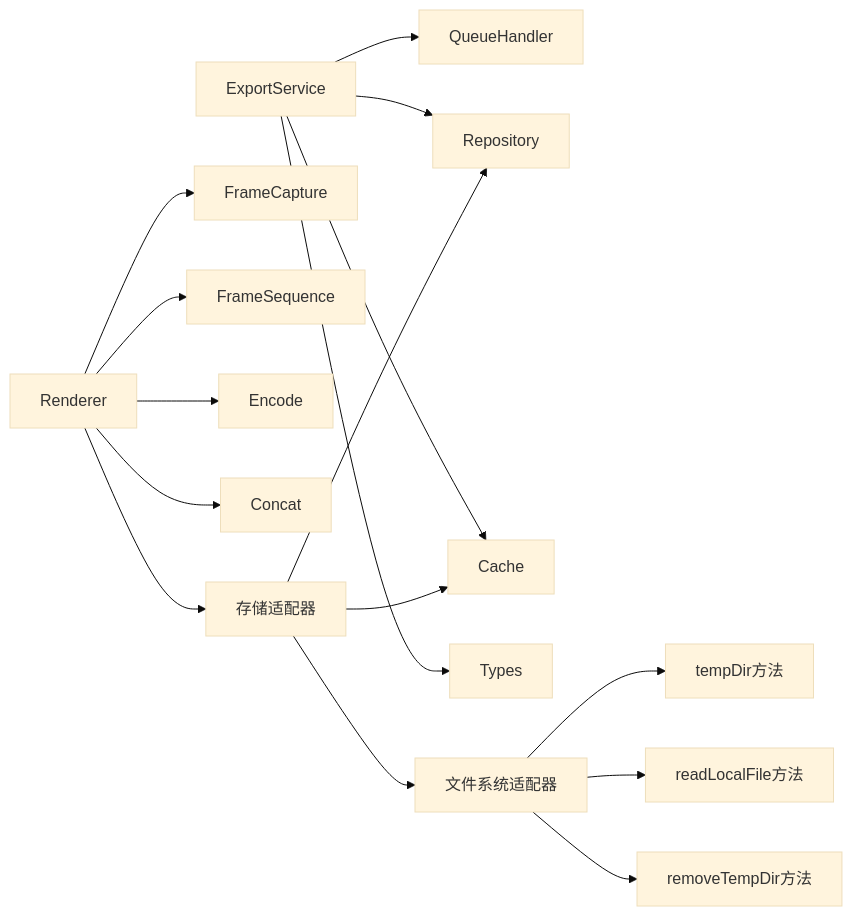
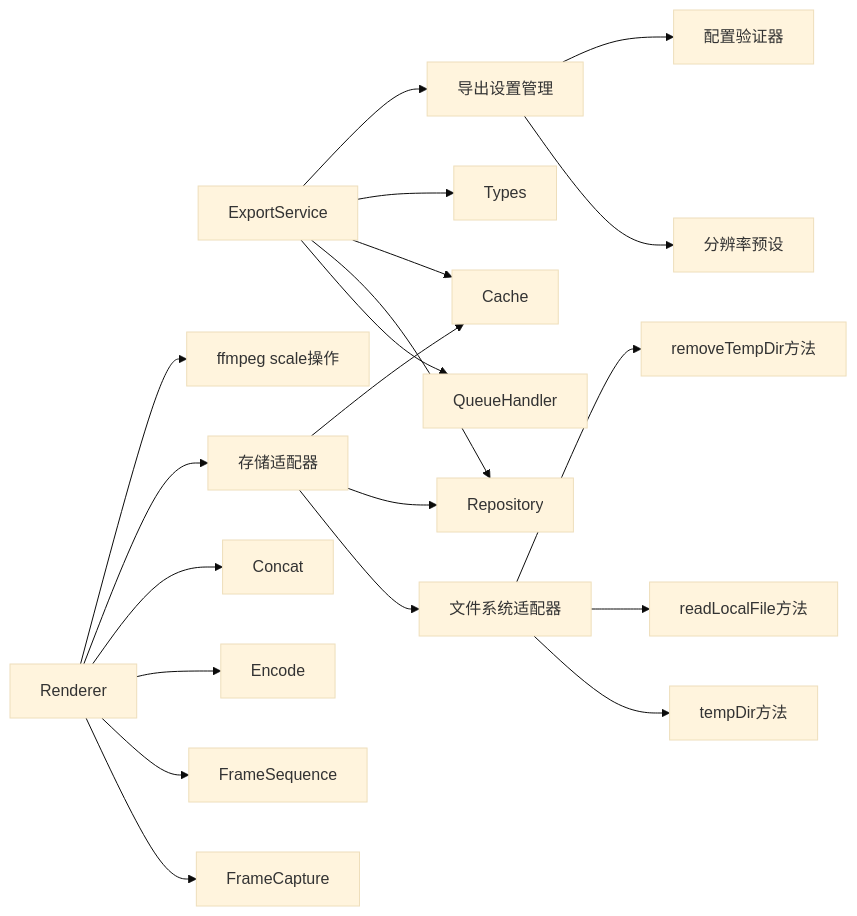
One commit to AIMFllyYS/code-video-canvas changed the tenth of 10 diagrams in .qoder/repowiki/zh/content/核心功能模块/渲染引擎/导出服务.md. Above: the diagram before and after it, drawn with Mermaid (base theme). The commit also changed other lines of this file and 7 other files, not shown here.

````diff
--- a/.qoder/repowiki/zh/content/核心功能模块/渲染引擎/导出服务.md
+++ b/.qoder/repowiki/zh/content/核心功能模块/渲染引擎/导出服务.md
@@ -506,18 +613,22 @@
 ```mermaid
 graph LR
 ES["ExportService"] --> QH["QueueHandler"]
 ES --> RP["Repository"]
 ES --> CA["Cache"]
 ES --> TY["Types"]
+ES --> SET["导出设置管理"]
 RN["Renderer"] --> FC["FrameCapture"]
 RN --> FS["FrameSequence"]
 RN --> EN["Encode"]
 RN --> CT["Concat"]
 RN --> SA["存储适配器"]
+RN --> SCALE["ffmpeg scale操作"]
+SET --> PRESETS["分辨率预设"]
+SET --> VALIDATOR["配置验证器"]
 SA --> FSAD["文件系统适配器"]
 SA --> RP
 SA --> CA
 FSAD --> tempDir["tempDir方法"]
 FSAD --> readFile["readLocalFile方法"]
 FSAD --> cleanup["removeTempDir方法"]
 ```
````
